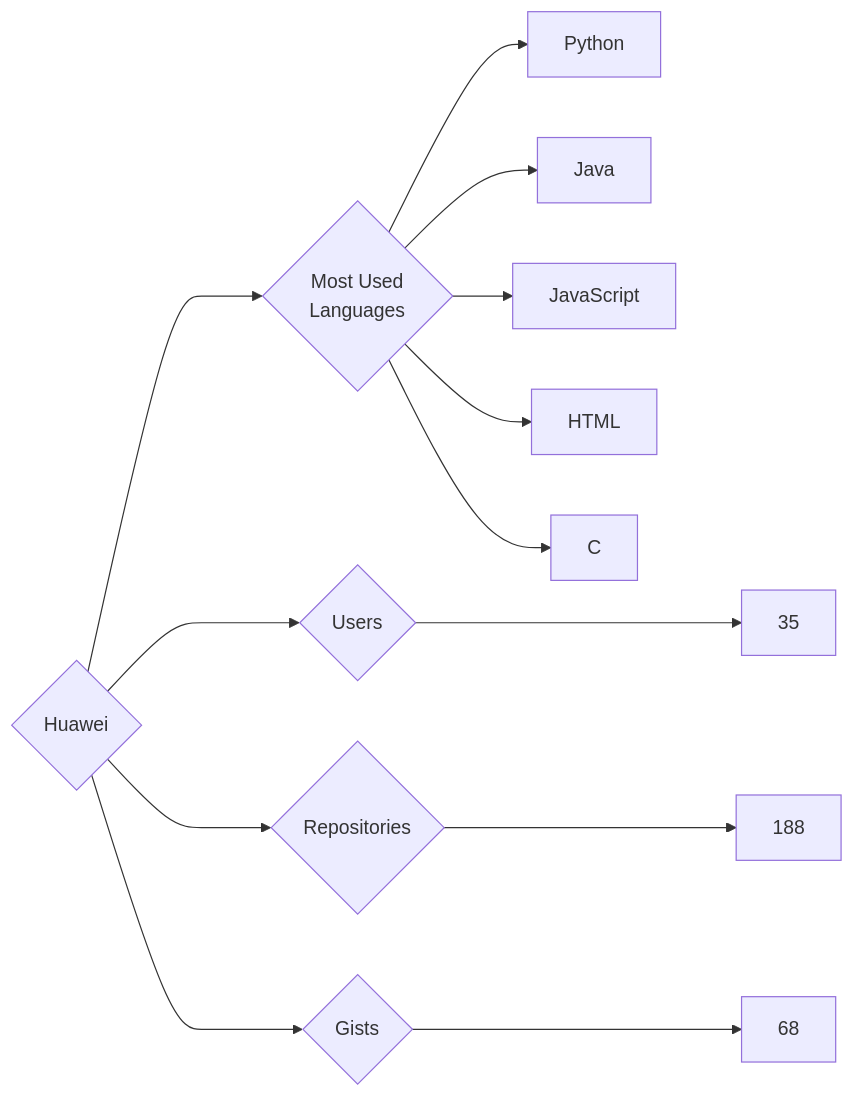
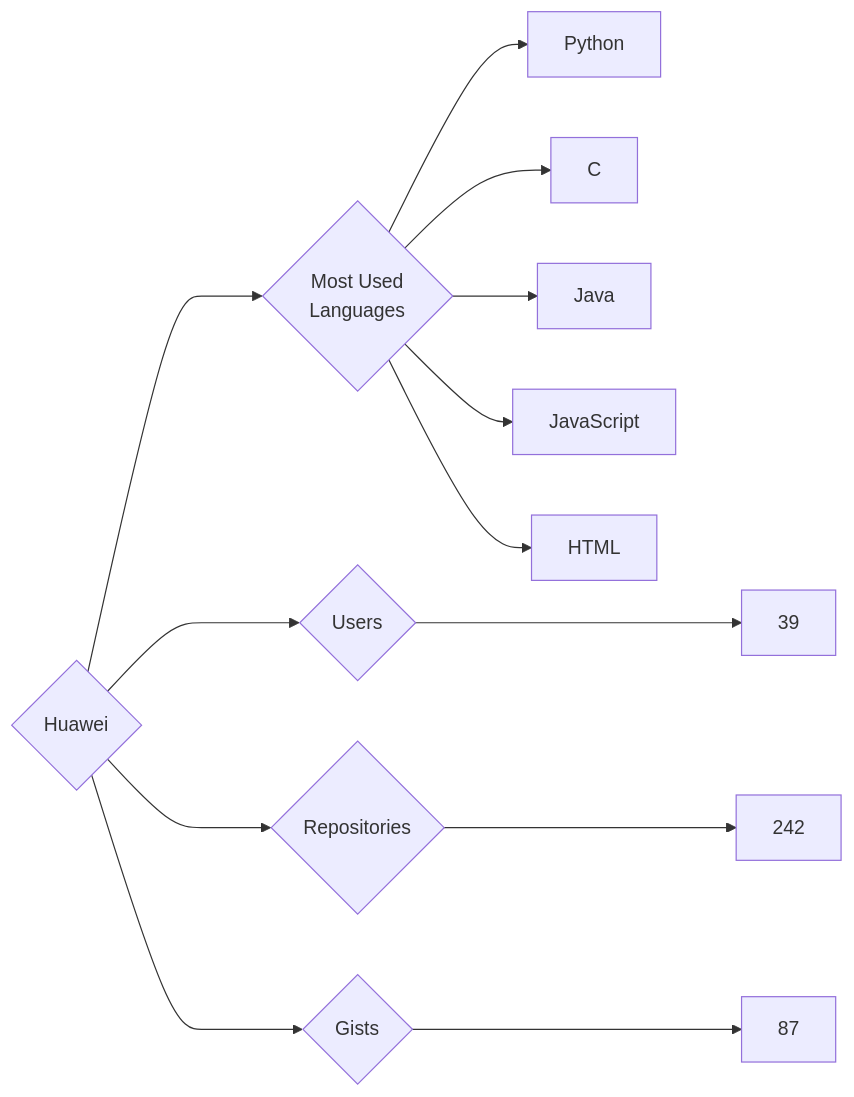
The diagram in targets/Huawei/README.md (trickest/insiders), drawn with Mermaid before and after one commit. The commit also changed 772 other files, not shown here.

````diff
--- a/targets/Huawei/README.md
+++ b/targets/Huawei/README.md
@@ -3,13 +3,13 @@
 ```mermaid
 graph LR
 COMPANY_NAME{Huawei}
-COMPANY_NAME ---> U{Users} ---> UN[35]
-COMPANY_NAME ---> R{Repositories} ---> RN[188]
-COMPANY_NAME ---> G{Gists} ---> GN[68]
+COMPANY_NAME ---> U{Users} ---> UN[39]
+COMPANY_NAME ---> R{Repositories} ---> RN[242]
+COMPANY_NAME ---> G{Gists} ---> GN[87]
 COMPANY_NAME ---> ML{Most Used<br>Languages}
 ML --> Python[Python]
+ML --> C[C]
 ML --> Java[Java]
 ML --> JavaScript[JavaScript]
 ML --> HTML[HTML]
-ML --> C[C]
 ```
````
